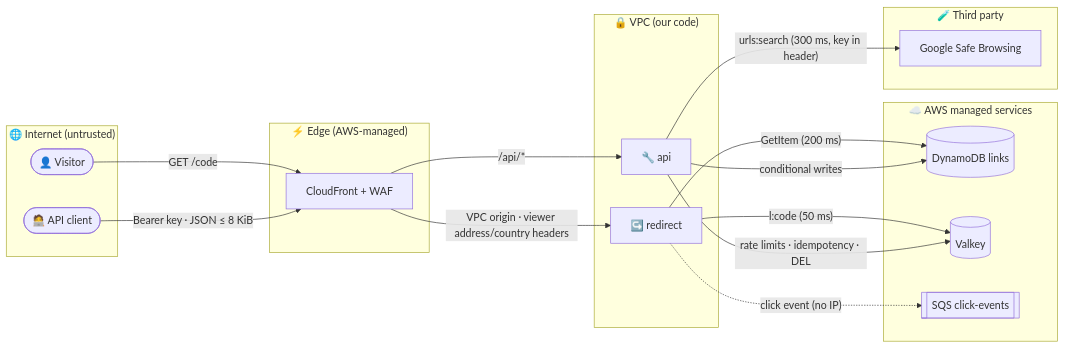
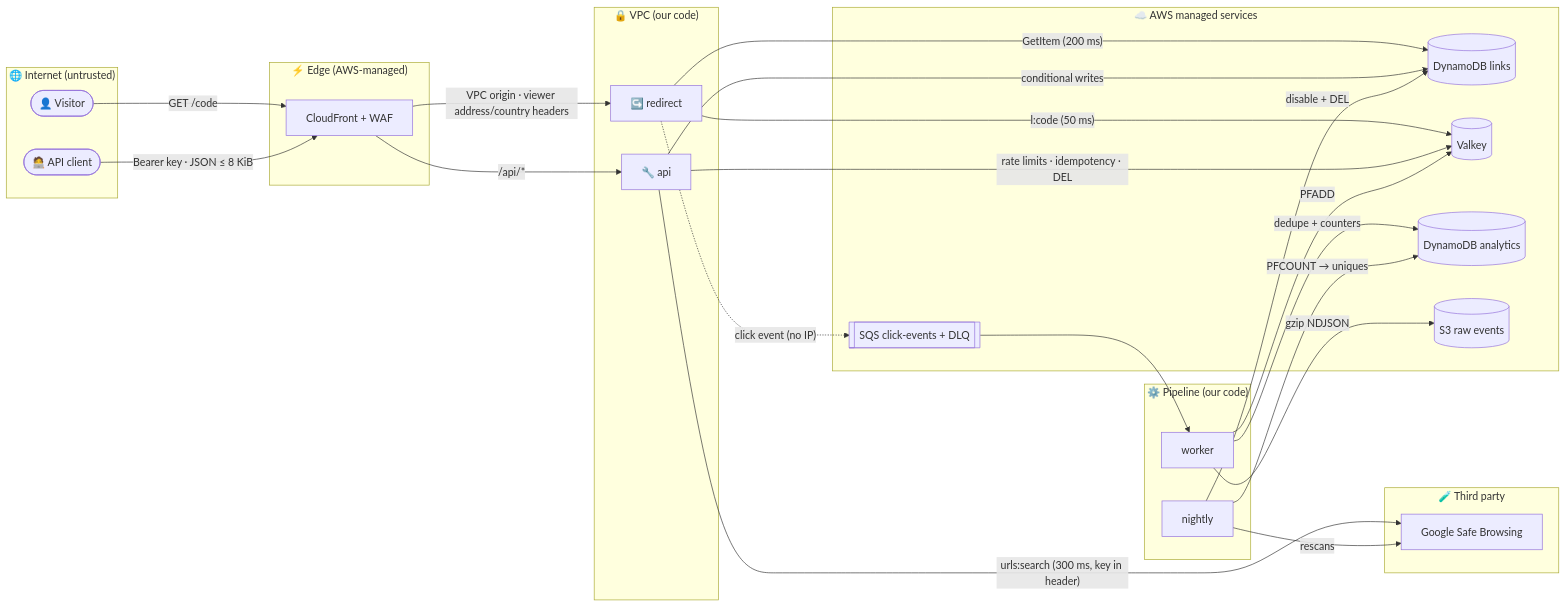
Before and after one commit to perspectivism/url-shortener-ecs-fargate: the diagram in docs/threat-model.md, drawn with Mermaid. The commit also changed other lines of this file and 3 other files, not shown here.

````diff
--- a/docs/threat-model.md
+++ b/docs/threat-model.md
@@ -47,32 +49,45 @@
 ```mermaid
 flowchart LR
     subgraph internet["🌐 Internet (untrusted)"]
         visitor(["👤 Visitor"])
         client(["🧑‍💻 API client"])
     end
     subgraph edge["⚡ Edge (AWS-managed)"]
         cf["CloudFront + WAF"]
     end
     subgraph vpc["🔒 VPC (our code)"]
         redirect["↪️ redirect"]
         api["🔧 api"]
     end
     subgraph managed["☁️ AWS managed services"]
         ddb[("DynamoDB links")]
         valkey[("Valkey")]
-        sqs[["SQS click-events"]]
+        sqs[["SQS click-events + DLQ"]]
+        stats[("DynamoDB analytics")]
+        s3[("S3 raw events")]
+    end
+    subgraph batch["⚙️ Pipeline (our code)"]
+        worker["worker"]
+        nightly["nightly"]
     end
     subgraph third["🧪 Third party"]
         gsb["Google Safe Browsing"]
     end
     visitor -->|"GET /code"| cf
     client -->|"Bearer key · JSON ≤ 8 KiB"| cf
     cf -->|"VPC origin · viewer address/country headers"| redirect
     cf -->|"/api/*"| api
     redirect -->|"l:code (50 ms)"| valkey
     redirect -->|"GetItem (200 ms)"| ddb
     redirect -.->|"click event (no IP)"| sqs
     api -->|"conditional writes"| ddb
     api -->|"rate limits · idempotency · DEL"| valkey
     api -->|"urls:search (300 ms, key in header)"| gsb
+    sqs --> worker
+    worker -->|"dedupe + counters"| stats
+    worker -->|"PFADD"| valkey
+    worker -->|"gzip NDJSON"| s3
+    nightly -->|"PFCOUNT → uniques"| stats
+    nightly -->|"rescans"| gsb
+    nightly -->|"disable + DEL"| ddb
 ```
````
